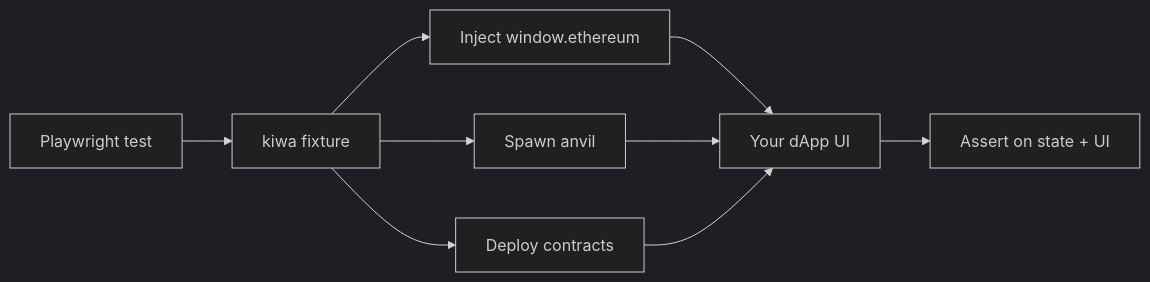
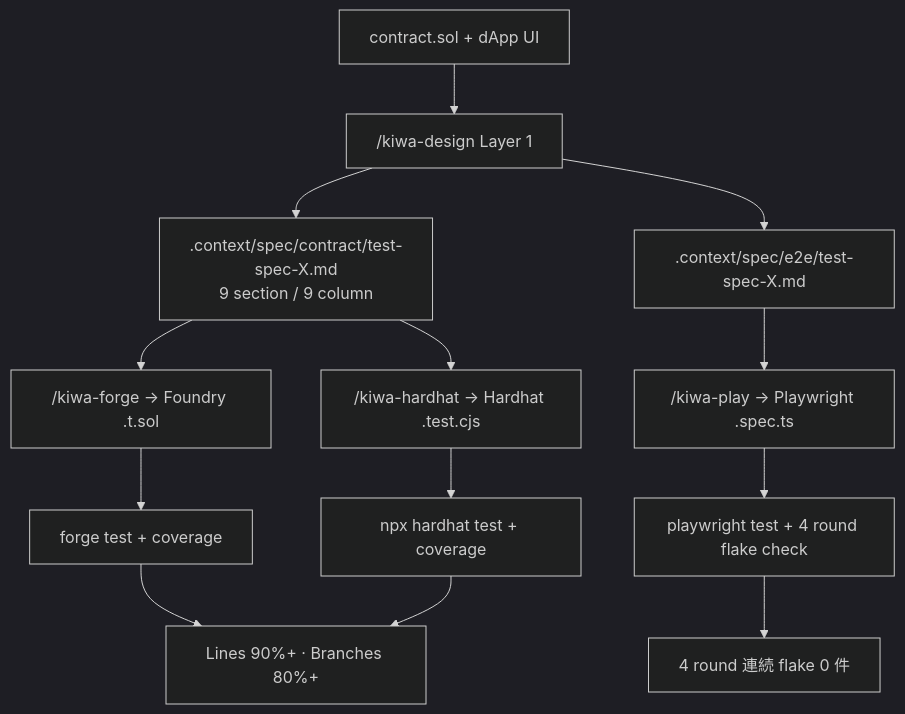
The diagram in README.ja.md (cardene777/kiwa), drawn with Mermaid (dark theme) before and after one commit. The commit also changed other lines of this file and 1 other file, not shown here.

````diff
--- a/README.ja.md
+++ b/README.ja.md
@@ -35,11 +38,15 @@
 ```mermaid
-graph LR
-    A[Playwright test] --> B[kiwa fixture]
-    B --> C[Inject window.ethereum]
-    B --> D[Spawn anvil]
-    B --> E[Deploy contracts]
-    C --> F[Your dApp UI]
-    D --> F
-    E --> F
-    F --> G[Assert on state + UI]
+graph TD
+    A[contract.sol + dApp UI] --> B["/kiwa-design Layer 1"]
+    B --> C[.context/spec/contract/test-spec-X.md<br/>9 section / 9 column]
+    B --> D[.context/spec/e2e/test-spec-X.md]
+    C --> E["/kiwa-forge → Foundry .t.sol"]
+    C --> F["/kiwa-hardhat → Hardhat .test.cjs"]
+    D --> G["/kiwa-play → Playwright .spec.ts"]
+    E --> H[forge test + coverage]
+    F --> I[npx hardhat test + coverage]
+    G --> J[playwright test + 4 round flake check]
+    H --> K[Lines 90%+ · Branches 80%+]
+    I --> K
+    J --> L[4 round 連続 flake 0 件]
 ```
````
